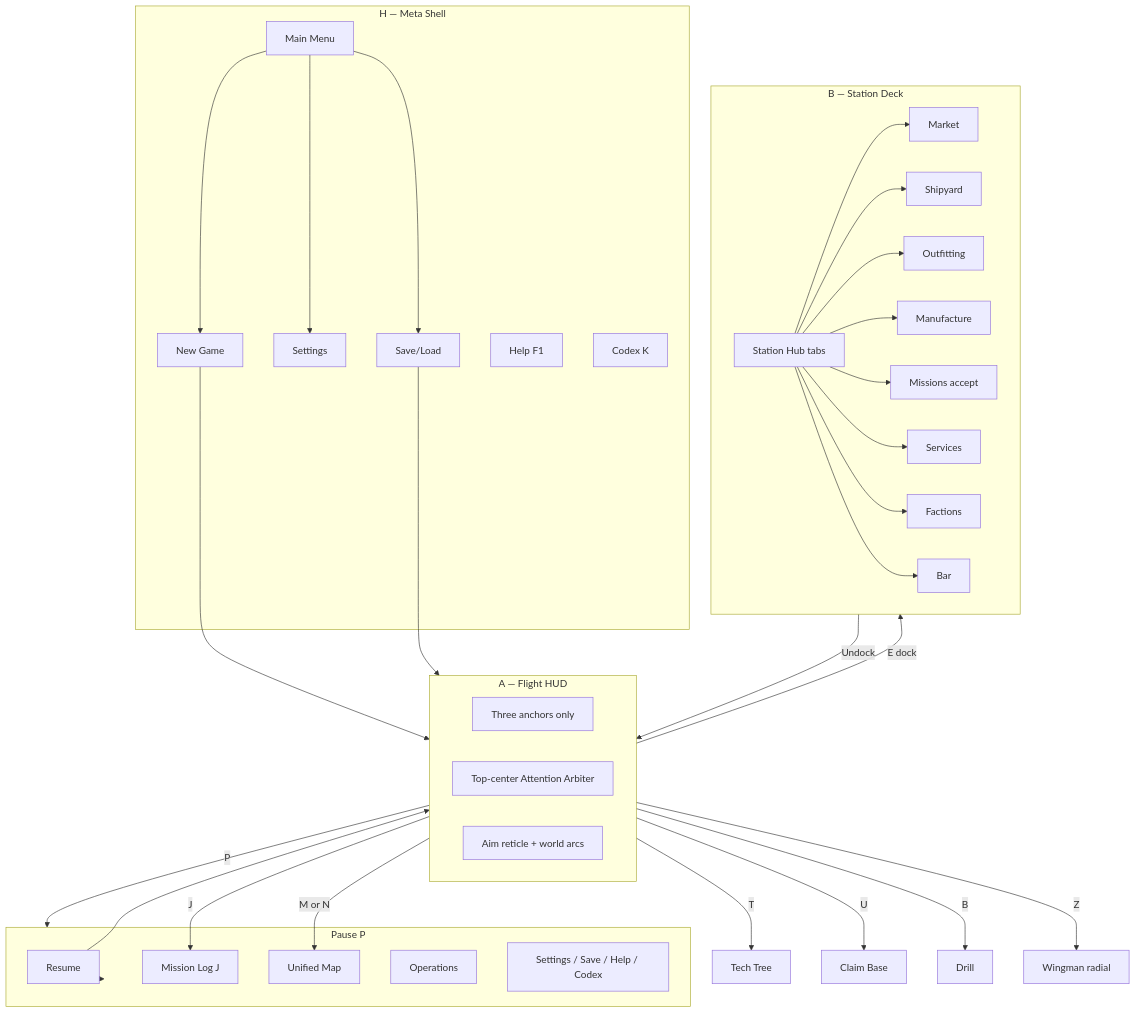
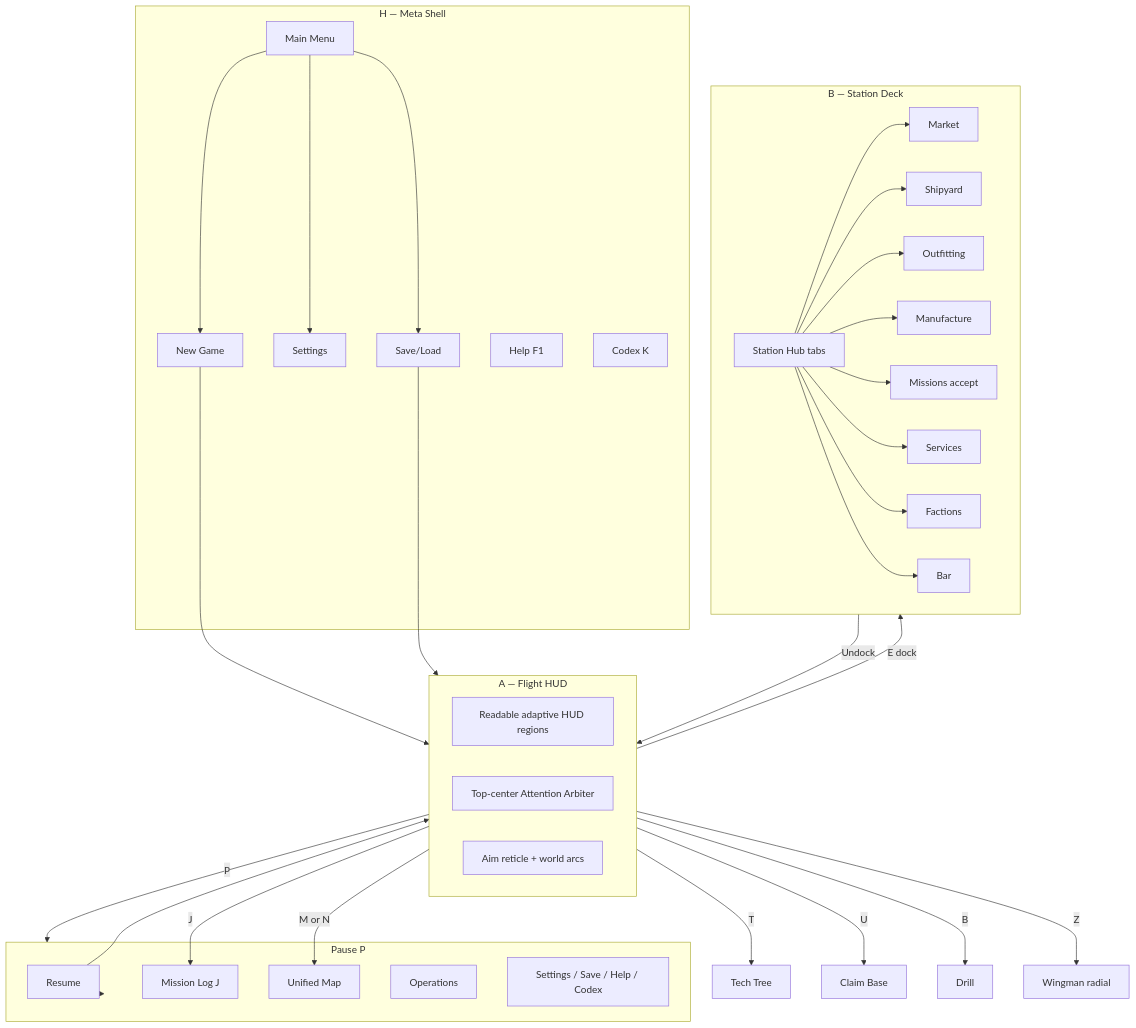
Before and after one commit to coldshalamov/SpaceFace: the diagram in design/revamp/FRONTEND_REBOOT_AUDIT.md, drawn with Mermaid. The commit also changed other lines of this file and 8108 other files, not shown here.

````diff
--- a/design/revamp/FRONTEND_REBOOT_AUDIT.md
+++ b/design/revamp/FRONTEND_REBOOT_AUDIT.md
@@ -359,53 +364,53 @@
 ```mermaid
 flowchart TD
   subgraph meta [H — Meta Shell]
     MM[Main Menu]
     NG[New Game]
     SET[Settings]
     SL[Save/Load]
     HX[Help F1]
     CX[Codex K]
   end
 
   subgraph flight [A — Flight HUD]
-    HUD[Three anchors only]
+    HUD[Readable adaptive HUD regions]
     ARB[Top-center Attention Arbiter]
     RET[Aim reticle + world arcs]
   end
 
   subgraph pause [Pause P]
     RS[Resume]
     ML[Mission Log J]
     MAP[Unified Map]
     OPS[Operations]
     PS[Settings / Save / Help / Codex]
   end
 
   subgraph dock [B — Station Deck]
     SH[Station Hub tabs]
     SH --> MKT[Market]
     SH --> SY[Shipyard]
     SH --> OUT[Outfitting]
     SH --> MFG[Manufacture]
     SH --> MIS[Missions accept]
     SH --> SVC[Services]
     SH --> FAC[Factions]
     SH --> BAR[Bar]
   end
 
   MM --> NG
   MM --> SL
   MM --> SET
   NG --> flight
   SL --> flight
   flight -->|E dock| dock
   dock -->|Undock| flight
   flight -->|P| pause
   pause --> RS --> flight
   flight -->|M or N| MAP
   flight -->|J| ML
   flight -->|T| TECH[Tech Tree]
   flight -->|U| BASE[Claim Base]
   flight -->|B| DRILL[Drill]
   flight -->|Z| WING[Wingman radial]
 ```
````
